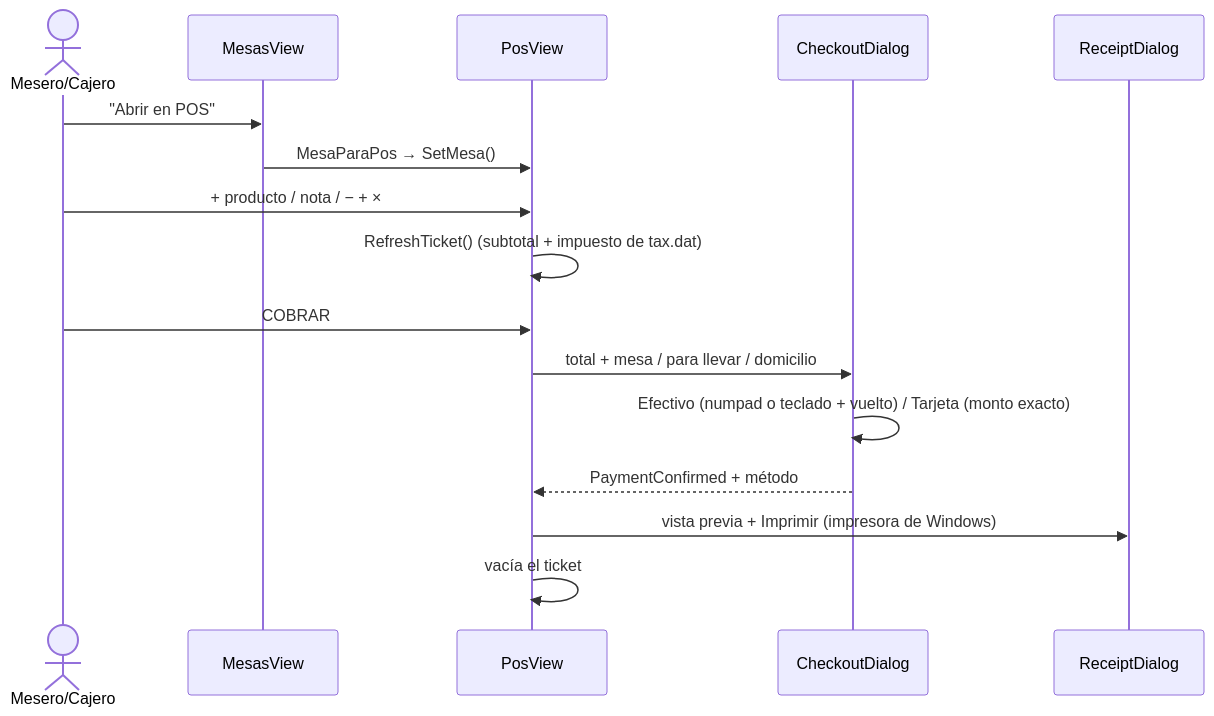
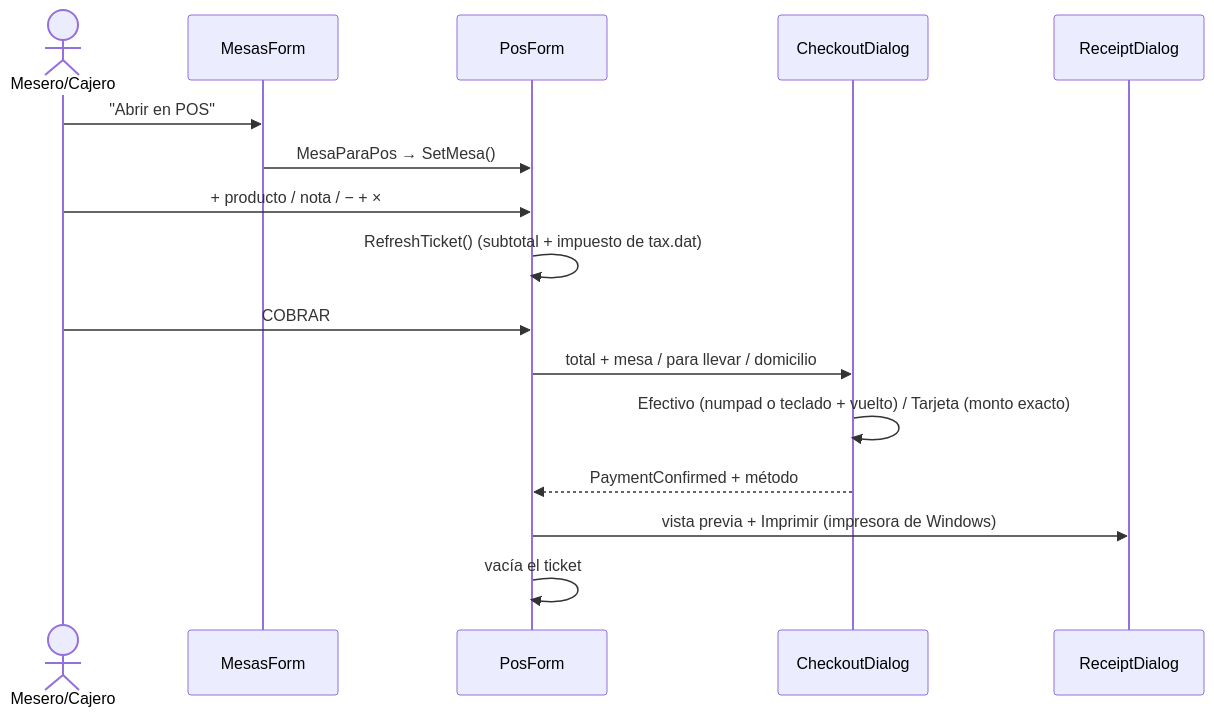
Before and after one commit to MrDylanDev/Desktop: the second of 2 diagrams in README.md, drawn with Mermaid. The commit also changed other lines of this file and 117 other files, not shown here.

````diff
--- a/README.md
+++ b/README.md
@@ -142,18 +143,18 @@
 ```mermaid
 sequenceDiagram
     actor M as Mesero/Cajero
-    participant MV as MesasView
-    participant PV as PosView
+    participant MV as MesasForm
+    participant PV as PosForm
     participant CK as CheckoutDialog
     participant RC as ReceiptDialog
     M->>MV: "Abrir en POS"
     MV->>PV: MesaParaPos → SetMesa()
     M->>PV: + producto / nota / − + ×
     PV->>PV: RefreshTicket() (subtotal + impuesto de tax.dat)
     M->>PV: COBRAR
     PV->>CK: total + mesa / para llevar / domicilio
     CK->>CK: Efectivo (numpad o teclado + vuelto) / Tarjeta (monto exacto)
     CK-->>PV: PaymentConfirmed + método
     PV->>RC: vista previa + Imprimir (impresora de Windows)
     PV->>PV: vacía el ticket
 ```
````
